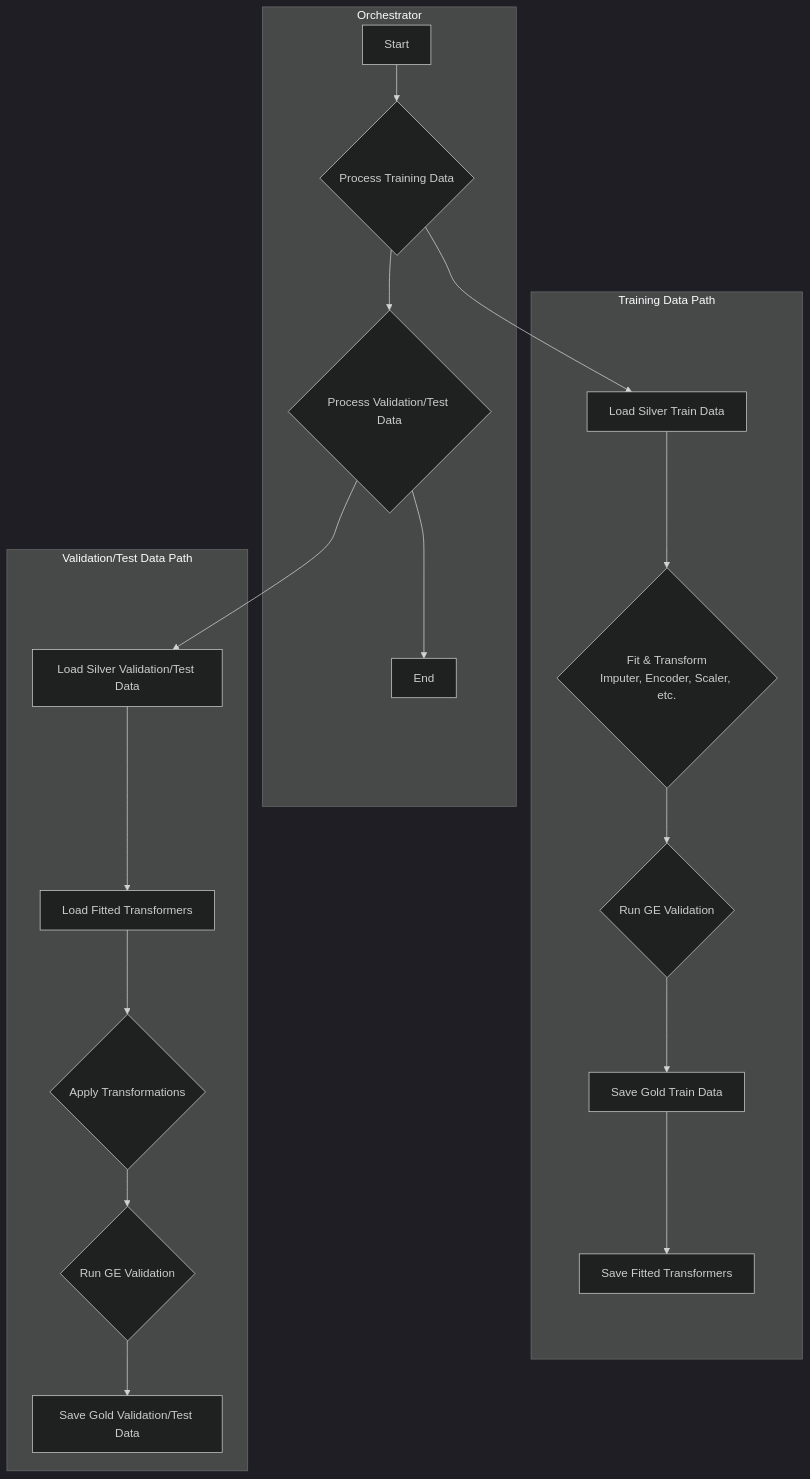
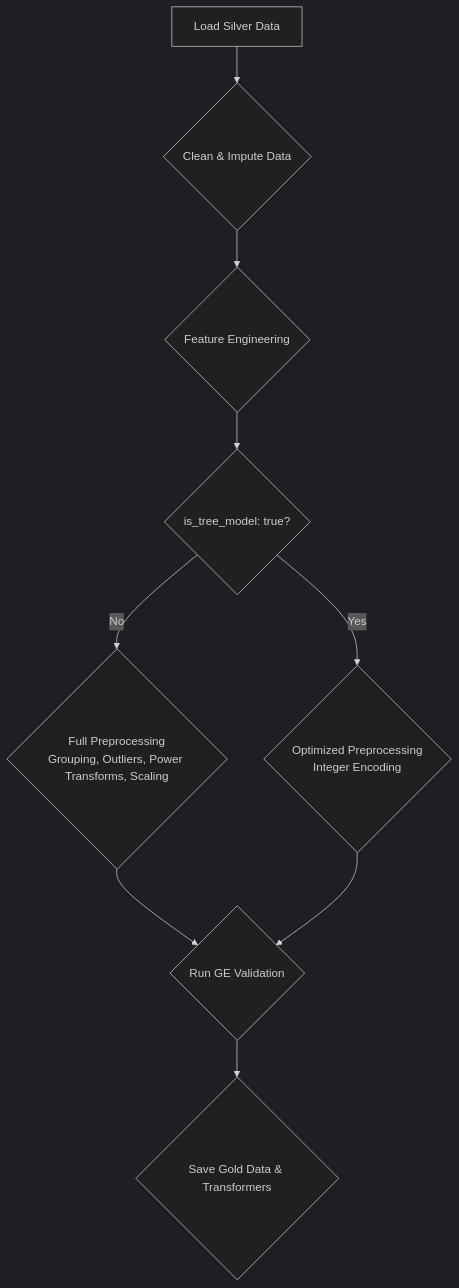
One commit to dakshvanshaj/flights-price-prediction-mlops changed the diagram in docs/Data Pipelines/gold_pipeline.md. Above: the diagram before and after it, drawn with Mermaid. The commit also changed other lines of this file and 41 other files, not shown here.

````diff
--- a/docs/Data Pipelines/gold_pipeline.md
+++ b/docs/Data Pipelines/gold_pipeline.md
@@ -19,25 +18,12 @@
 ```mermaid
 %%{init: {'theme': 'dark'}}%%
 graph TD
-    subgraph "Orchestrator"
-        A[Start] --> B{Process Training Data};
-        B --> C{Process Validation/Test Data};
-        C --> D[End];
-    end
-
-    subgraph "Training Data Path"
-        B --> E[Load Silver Train Data];
-        E --> F{Fit & Transform<br/>Imputer, Encoder, Scaler, etc.};
-        F --> G{Run GE Validation};
-        G --> H[Save Gold Train Data];
-        H --> I[Save Fitted Transformers];
-    end
-
-    subgraph "Validation/Test Data Path"
-        C --> J[Load Silver Validation/Test Data];
-        J --> K[Load Fitted Transformers];
-        K --> L{Apply Transformations};
-        L --> M{Run GE Validation};
-        M --> N[Save Gold Validation/Test Data];
-    end
+    A[Load Silver Data] --> B{Clean & Impute Data}
+    B --> C{Feature Engineering}
+    C --> D{is_tree_model: true?}
+    D -- No --> E{Full Preprocessing<br/>Grouping, Outliers, Power Transforms, Scaling}
+    D -- Yes --> F{Optimized Preprocessing<br/>Integer Encoding}
+    E --> G{Run GE Validation}
+    F --> G
+    G --> H{Save Gold Data & Transformers}
 ```
````
